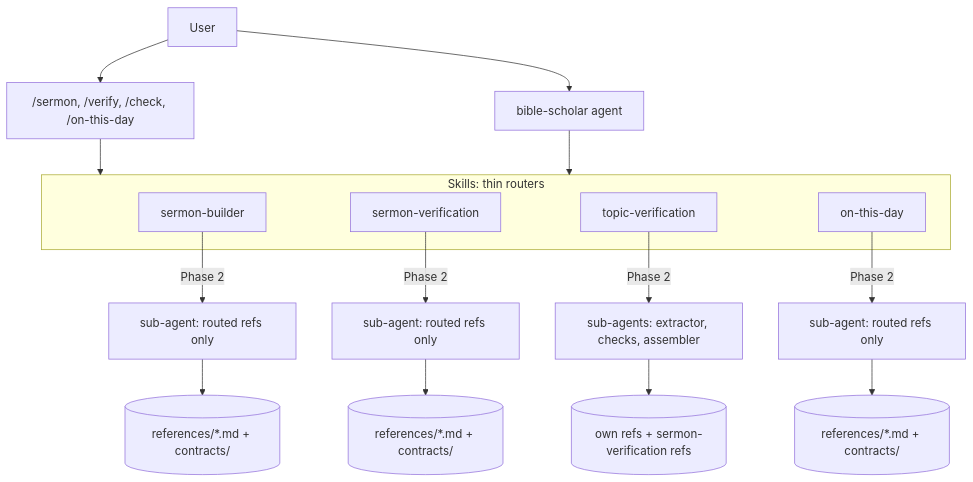
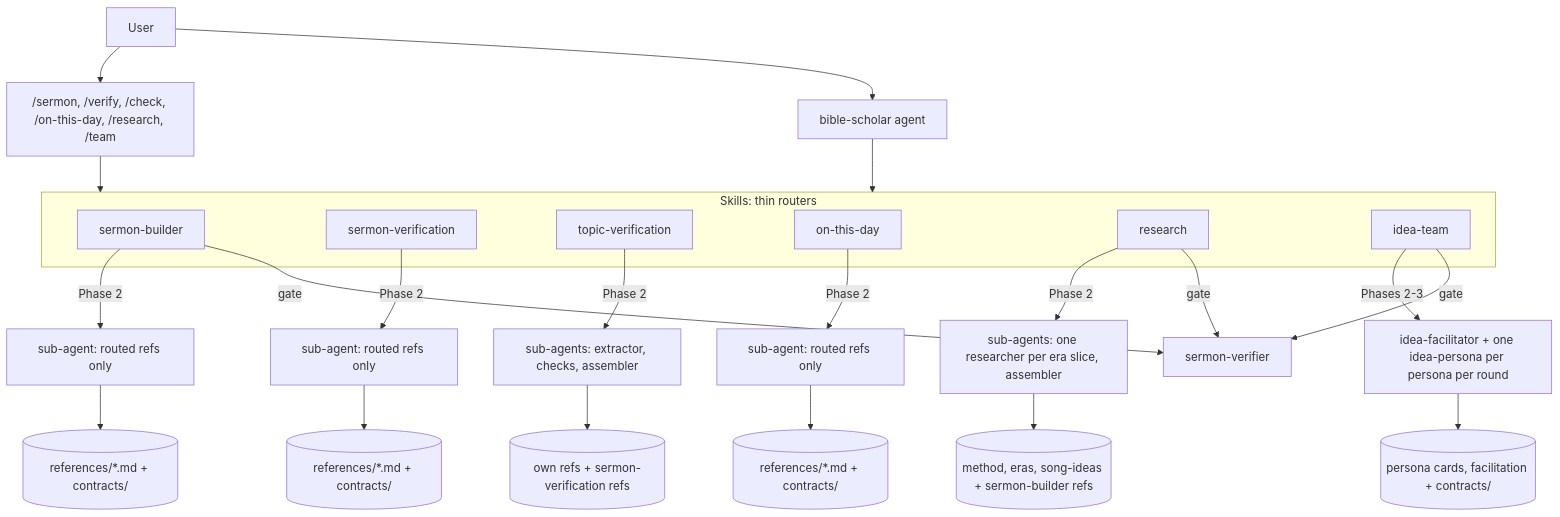
One commit to P47Phoenix/Claude-Plugins changed the first of 4 diagrams in bible-research/ARCHITECTURE.md. Above: the diagram before and after it, drawn with Mermaid. The commit also changed other lines of this file and 31 other files, not shown here.

First line of the commit message:
feat(bible-research): add research and idea-team skills (0.2.0)

````diff
--- a/bible-research/ARCHITECTURE.md
+++ b/bible-research/ARCHITECTURE.md
@@ -7,21 +7,28 @@
 ```mermaid
 flowchart TD
-    U[User] --> C["/sermon, /verify, /check, /on-this-day"]
+    U[User] --> C["/sermon, /verify, /check, /on-this-day, /research, /team"]
     U --> A[bible-scholar agent]
     C --> S
     A --> S
     subgraph S[Skills: thin routers]
         SB[sermon-builder]
         SV[sermon-verification]
         TV[topic-verification]
         OD[on-this-day]
+        RS[research]
+        IT[idea-team]
     end
     SB -->|Phase 2| SA1[sub-agent: routed refs only]
     SV -->|Phase 2| SA2[sub-agent: routed refs only]
     TV -->|Phase 2| SA3[sub-agents: extractor, checks, assembler]
     OD -->|Phase 2| SA4[sub-agent: routed refs only]
+    RS -->|Phase 2| SA5[sub-agents: one researcher per era slice, assembler]
+    IT -->|Phases 2-3| SA6[idea-facilitator + one idea-persona per persona per round]
     SA1 --> R1[(references/*.md + contracts/)]
     SA2 --> R2[(references/*.md + contracts/)]
     SA3 --> R3[(own refs + sermon-verification refs)]
     SA4 --> R4[(references/*.md + contracts/)]
+    SA5 --> R5[(method, eras, song-ideas + sermon-builder refs)]
+    SA6 --> R6[(persona cards, facilitation + contracts/)]
+    SB & RS & IT -->|gate| V[sermon-verifier]
 ```
````
